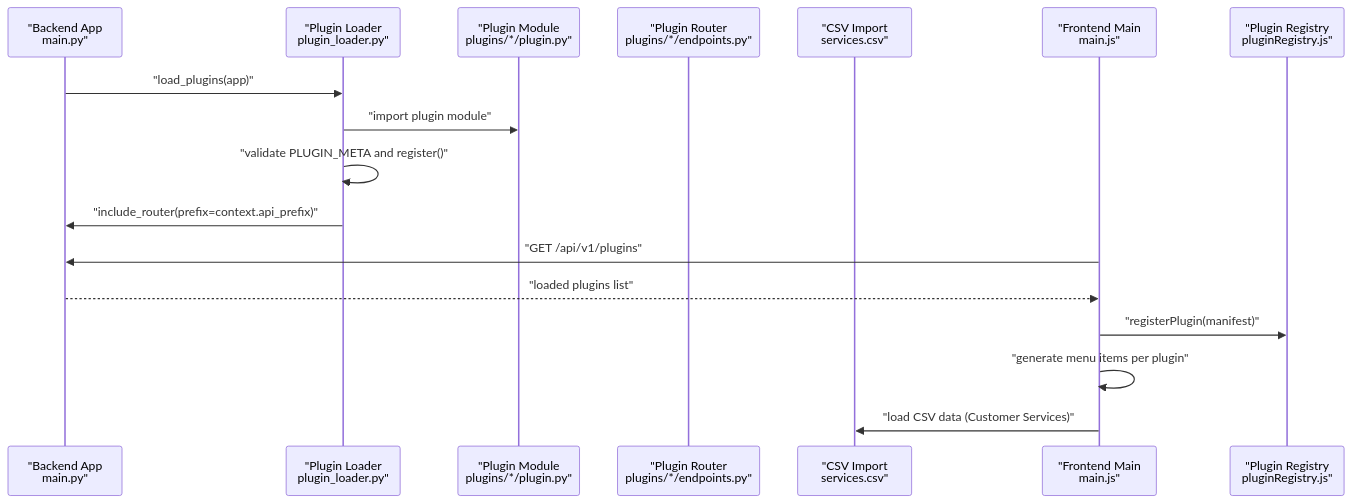
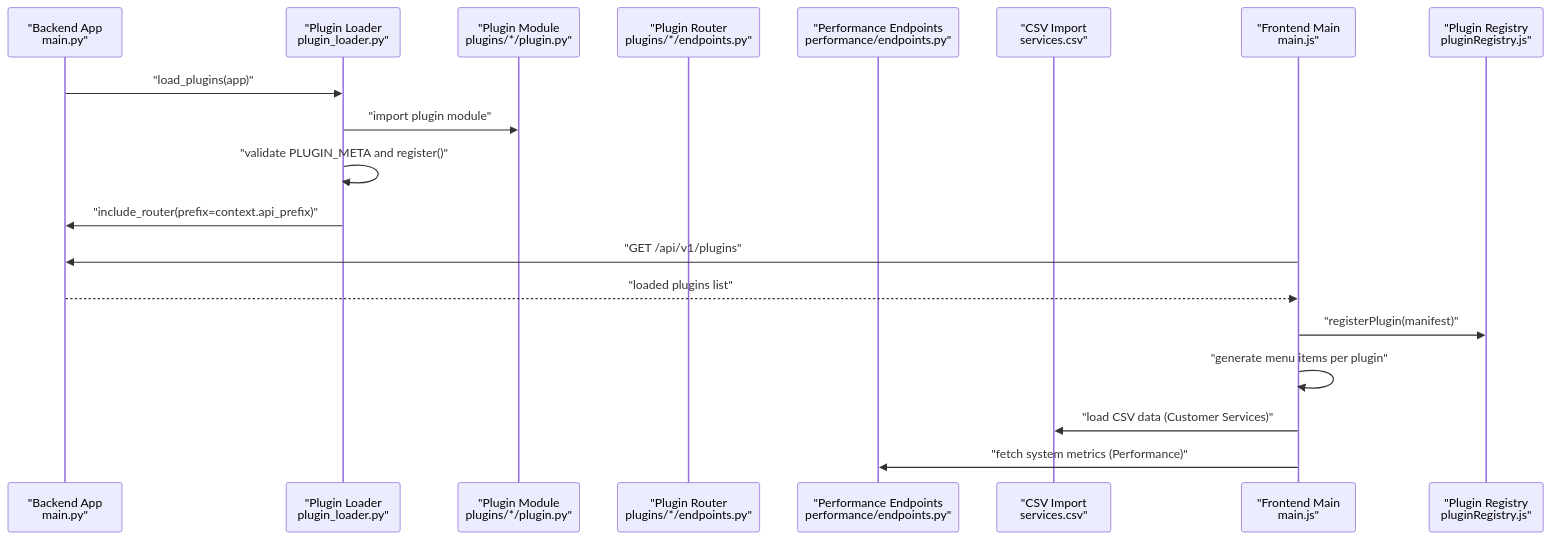
Before and after one commit to Nikita5543/New-SSO-02: the second of 22 diagrams in .qoder/repowiki/en/content/Plugin System Architecture/Plugin System Architecture.md, drawn with Mermaid. The commit also changed other lines of this file and 7 other files, not shown here.

````diff
--- a/.qoder/repowiki/en/content/Plugin System Architecture/Plugin System Architecture.md
+++ b/.qoder/repowiki/en/content/Plugin System Architecture/Plugin System Architecture.md
@@ -130,19 +147,21 @@
 ```mermaid
 sequenceDiagram
 participant BE as "Backend App<br/>main.py"
 participant Loader as "Plugin Loader<br/>plugin_loader.py"
 participant Mod as "Plugin Module<br/>plugins/*/plugin.py"
 participant Router as "Plugin Router<br/>plugins/*/endpoints.py"
+participant Perf as "Performance Endpoints<br/>performance/endpoints.py"
 participant CSV as "CSV Import<br/>services.csv"
 participant FE as "Frontend Main<br/>main.js"
 participant Reg as "Plugin Registry<br/>pluginRegistry.js"
 BE->>Loader : "load_plugins(app)"
 Loader->>Mod : "import plugin module"
 Loader->>Loader : "validate PLUGIN_META and register()"
 Loader->>BE : "include_router(prefix=context.api_prefix)"
 FE->>BE : "GET /api/v1/plugins"
 BE-->>FE : "loaded plugins list"
 FE->>Reg : "registerPlugin(manifest)"
 FE->>FE : "generate menu items per plugin"
 FE->>CSV : "load CSV data (Customer Services)"
+FE->>Perf : "fetch system metrics (Performance)"
 ```
````
